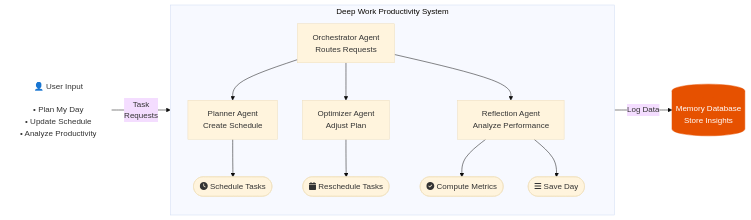
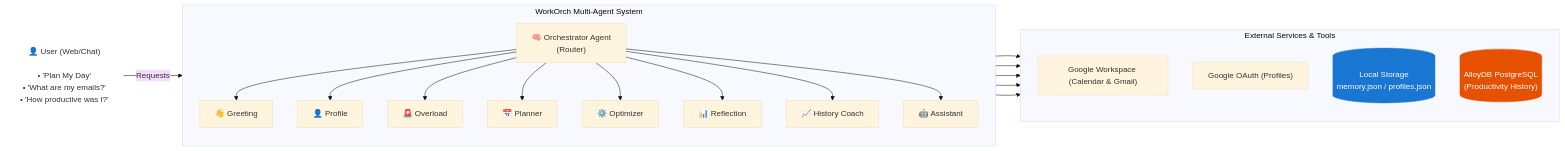
Before and after one commit to zizfsl/WorkOrch: the diagram in README.md, drawn with Mermaid (base theme). The commit also changed other lines of this file and 22 other files, not shown here.

Commit message:
feat: implement WorkOrch web interface with backend orchestration and session management

````diff
--- a/README.md
+++ b/README.md
@@ -15,33 +10,45 @@
 ```mermaid
 flowchart LR
-    UI["👤 User Input\n\n• Plan My Day\n• Update Schedule\n• Analyze Productivity"] -- "Task\nRequests" --> O
+    UI["👤 User (Web/Chat)\n\n• 'Plan My Day'\n• 'What are my emails?'\n• 'How productive was I?'"] -- "Requests" --> O
 
-    subgraph System ["Deep Work Productivity System"]
+    subgraph Core ["WorkOrch Multi-Agent System"]
         direction TB
-        O["Orchestrator Agent\nRoutes Requests"]
+        O["🧠 Orchestrator Agent\n(Router)"]
+        
+        G["👋 Greeting"]
+        Pr["👤 Profile"]
+        Ov["🚨 Overload"]
+        P["📅 Planner"]
+        Opt["⚙️ Optimizer"]
+        R["📊 Reflection"]
+        H["📈 History Coach"]
+        A["🤖 Assistant"]
 
-        P["Planner Agent\nCreate Schedule"]
-        Opt["Optimizer Agent\nAdjust Plan"]
-        R["Reflection Agent\nAnalyze Performance"]
-
+        O --> G
+        O --> Pr
+        O --> Ov
         O --> P
         O --> Opt
         O --> R
-
-        ST(["fa:fa-clock Schedule Tasks"])
-        RT(["fa:fa-calendar Reschedule Tasks"])
-        CM(["fa:fa-check-circle Compute Metrics"])
-        SD(["fa:fa-bars Save Day"])
-
-        P --> ST
-        Opt --> RT
-        R --> CM
-        R --> SD
+        O --> H
+        O --> A
     end
 
-    DB[("Memory Database\nStore Insights")]
-    style DB fill:#e65100,stroke:#e65100,color:#fff
+    subgraph Integrations ["External Services & Tools"]
+        direction TB
+        GCal["Google Workspace (Calendar & Gmail)"]
+        OAuth["Google OAuth (Profiles)"]
+        MemDB[("Local Storage\nmemory.json / profiles.json")]
+        AlloyDB[("AlloyDB PostgreSQL\n(Productivity History)")]
+    end
+
+    A --> GCal
+    Pr --> OAuth
+    R --> AlloyDB
+    Pr --> MemDB
+    H --> MemDB
+
+    style AlloyDB fill:#e65100,stroke:#e65100,color:#fff
+    style MemDB fill:#1976D2,stroke:#1976D2,color:#fff
     style UI fill:none,stroke:none
-
-    R -- "Log Data" --> DB
 ```
````
